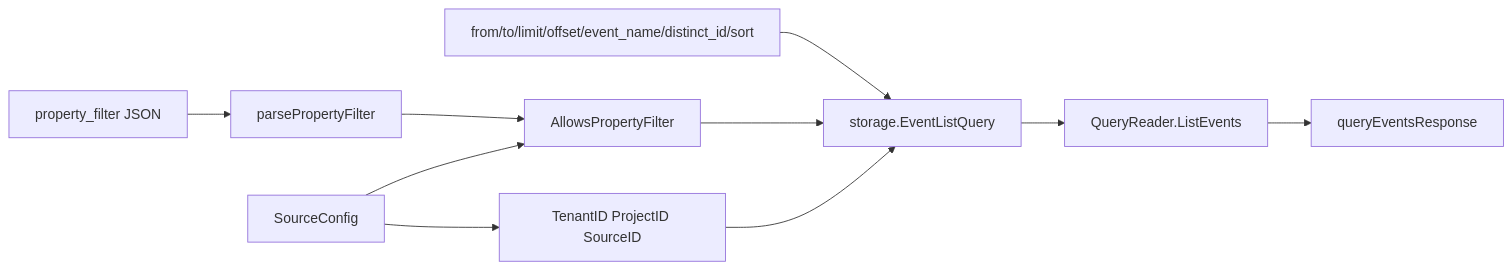
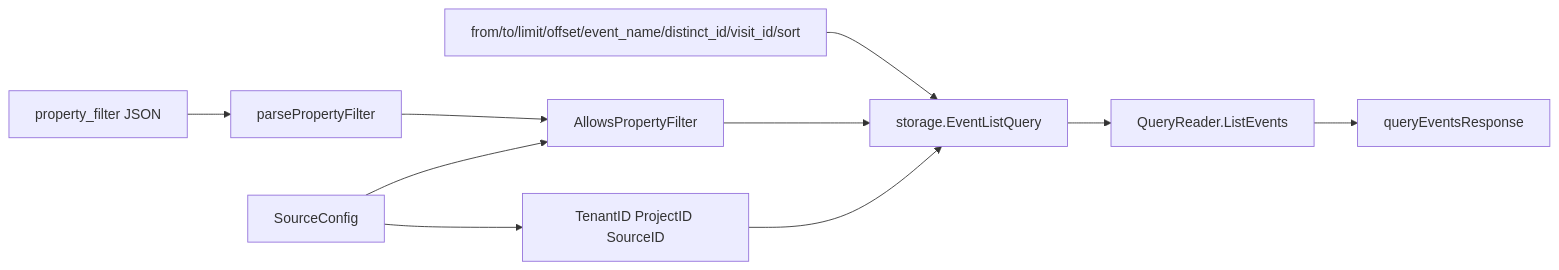
The tenth of 12 diagrams in docs/analytics-source-reading/collectapi-query-and-tracker-flow.md (RoggerZ/uba), drawn with Mermaid before and after one commit. The commit also changed other lines of this file and 5 other files, not shown here.

````diff
--- a/docs/analytics-source-reading/collectapi-query-and-tracker-flow.md
+++ b/docs/analytics-source-reading/collectapi-query-and-tracker-flow.md
@@ -1340,12 +1340,12 @@
 ```mermaid
 flowchart LR
-    Params["from/to/limit/offset/event_name/distinct_id/sort"] --> EventList["storage.EventListQuery"]
+    Params["from/to/limit/offset/event_name/distinct_id/visit_id/sort"] --> EventList["storage.EventListQuery"]
     PFParam["property_filter JSON"] --> PFParse["parsePropertyFilter"]
     Source["SourceConfig"] --> PFAllow["AllowsPropertyFilter"]
     PFParse --> PFAllow
     PFAllow --> EventList
     Source --> Scope["TenantID ProjectID SourceID"]
     Scope --> EventList
     EventList --> Reader["QueryReader.ListEvents"]
     Reader --> Response["queryEventsResponse"]
 ```
````
